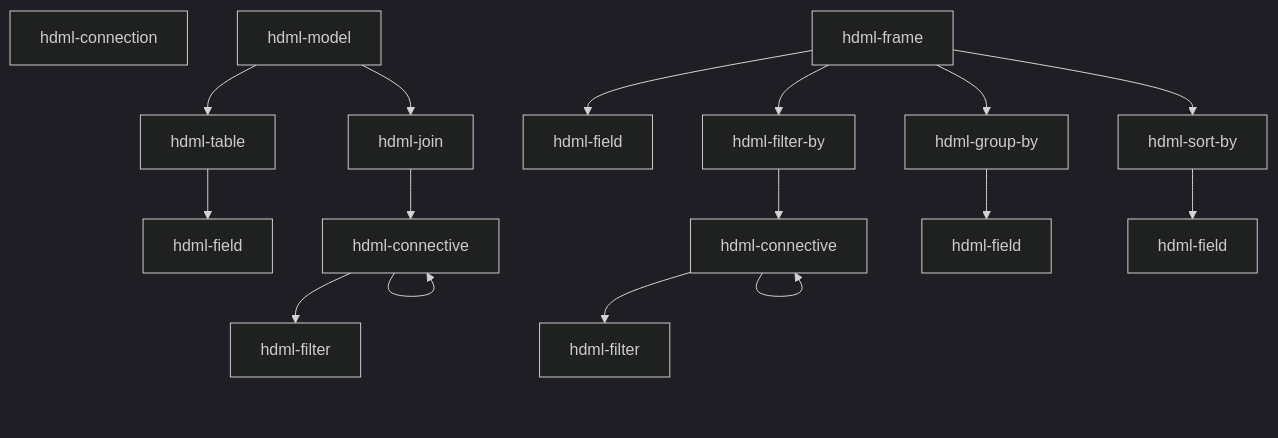
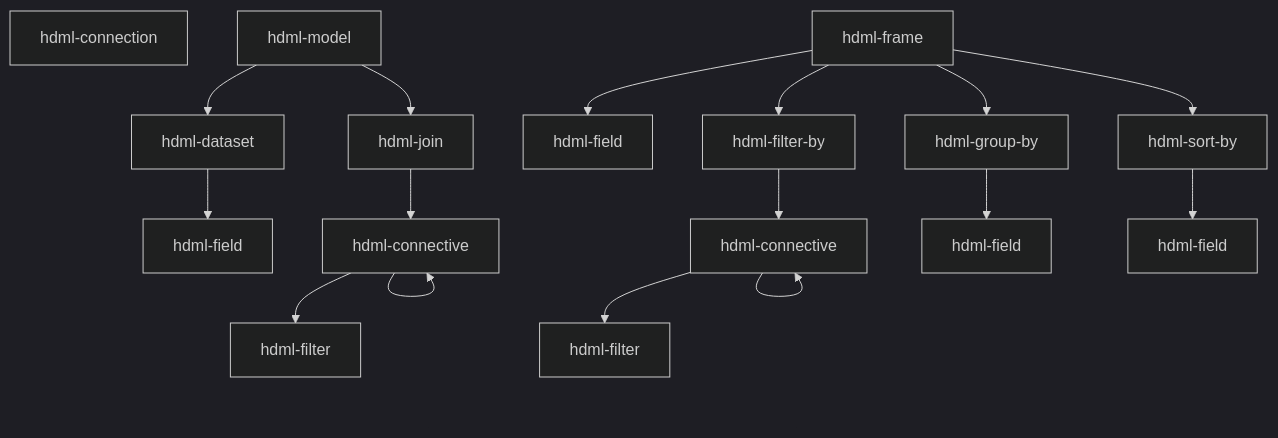
One commit to HDML-Foundation/HDML-Components changed the first of 2 diagrams in docs/components.md. Above: the diagram before and after it, drawn with Mermaid (dark theme). The commit also changed other lines of this file and 53 other files, not shown here.

First line of the commit message:
feat(hdql)!: hdml-table becomes hdml-dataset on @hdml/* alpha.27

````diff
--- a/docs/components.md
+++ b/docs/components.md
@@ -33,12 +33,12 @@
 ```mermaid
 flowchart TD
   conn[hdml-connection]
-  model[hdml-model] --> tbl[hdml-table] --> fld_t[hdml-field]
+  model[hdml-model] --> tbl[hdml-dataset] --> fld_t[hdml-field]
   model --> join[hdml-join] --> conv_j[hdml-connective] --> flt_j[hdml-filter]
   conv_j --> conv_j
   frm[hdml-frame] --> fld_f[hdml-field]
   frm --> flb[hdml-filter-by] --> conv_f[hdml-connective] --> flt_f[hdml-filter]
   conv_f --> conv_f
   frm --> grb[hdml-group-by] --> fld_g[hdml-field]
   frm --> srb[hdml-sort-by] --> fld_s[hdml-field]
 ```
````
